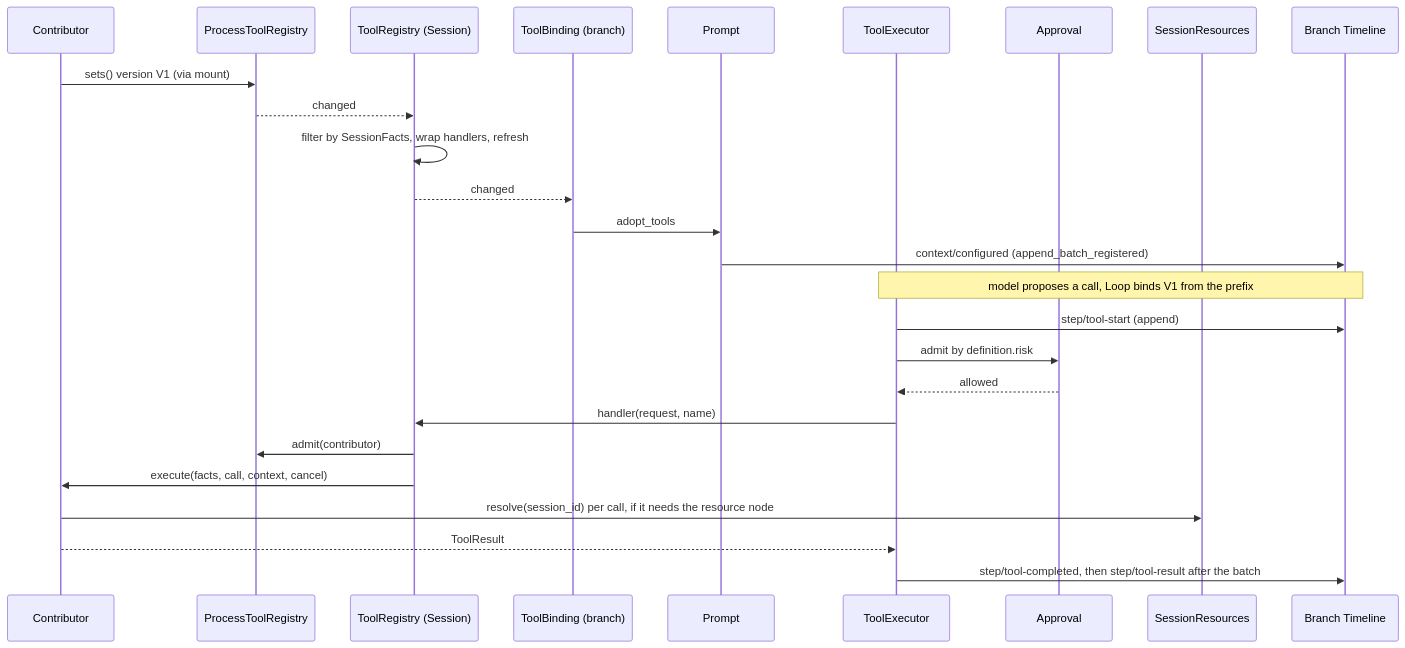
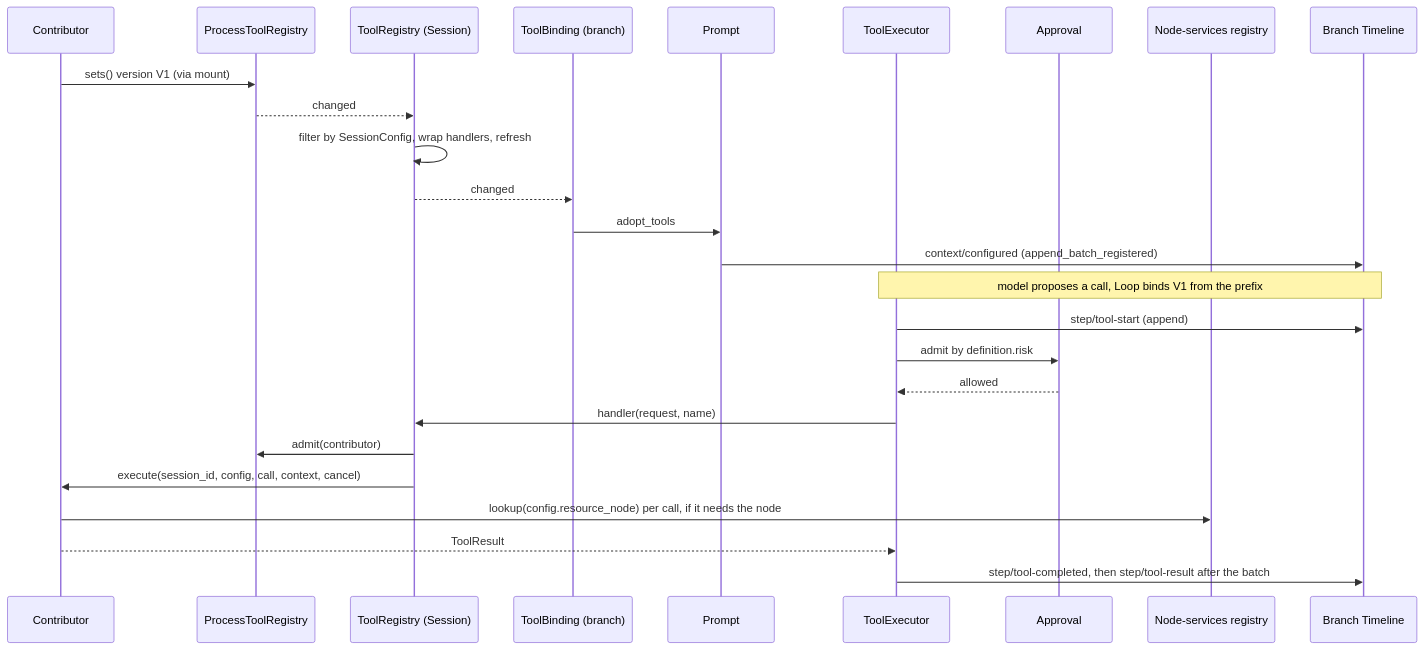
The third of 5 diagrams in docs/design/contracts/process-tool-contribution.md (CoutinhoTTS/dim-agent), drawn with Mermaid before and after one commit. The commit also changed other lines of this file and 4 other files, not shown here.

````diff
--- a/docs/design/contracts/process-tool-contribution.md
+++ b/docs/design/contracts/process-tool-contribution.md
@@ -98,28 +98,28 @@
 ```mermaid
 sequenceDiagram
   participant C as Contributor
   participant R as ProcessToolRegistry
   participant TR as ToolRegistry (Session)
   participant TB as ToolBinding (branch)
   participant P as Prompt
   participant TE as ToolExecutor
   participant AP as Approval
-  participant SR as SessionResources
+  participant NS as Node-services registry
   participant TL as Branch Timeline
   C->>R: sets() version V1 (via mount)
   R-->>TR: changed
-  TR->>TR: filter by SessionFacts, wrap handlers, refresh
+  TR->>TR: filter by SessionConfig, wrap handlers, refresh
   TR-->>TB: changed
   TB->>P: adopt_tools
   P->>TL: context/configured (append_batch_registered)
   Note over TL,TE: model proposes a call, Loop binds V1 from the prefix
   TE->>TL: step/tool-start (append)
   TE->>AP: admit by definition.risk
   AP-->>TE: allowed
   TE->>TR: handler(request, name)
   TR->>R: admit(contributor)
-  TR->>C: execute(facts, call, context, cancel)
-  C->>SR: resolve(session_id) per call, if it needs the resource node
+  TR->>C: execute(session_id, config, call, context, cancel)
+  C->>NS: lookup(config.resource_node) per call, if it needs the node
   C-->>TE: ToolResult
   TE->>TL: step/tool-completed, then step/tool-result after the batch
 ```
````
